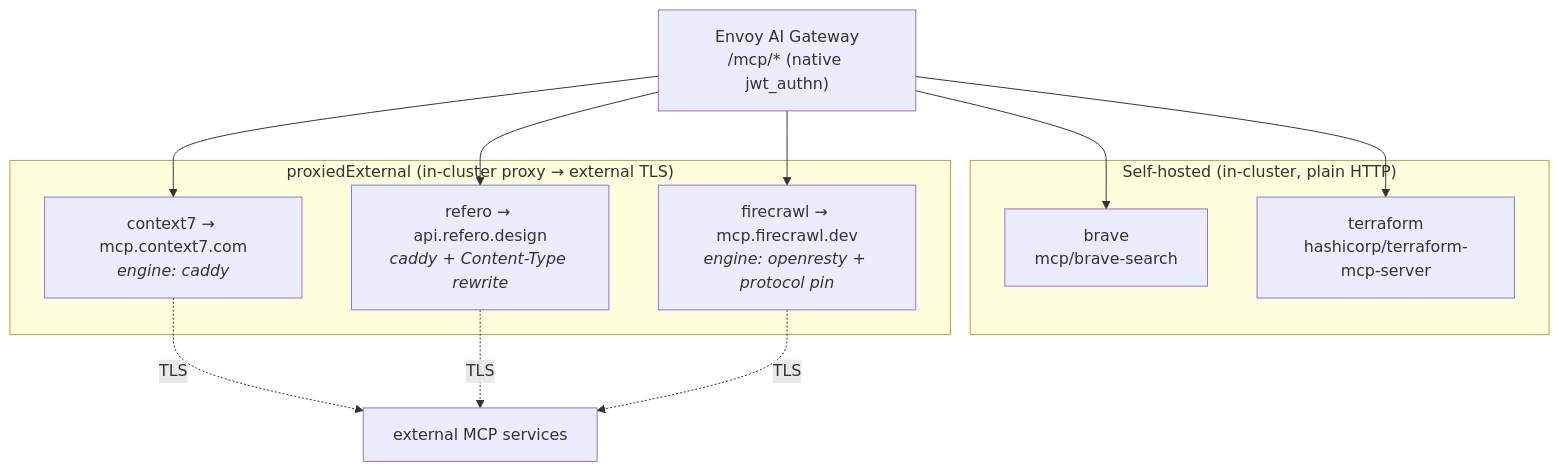
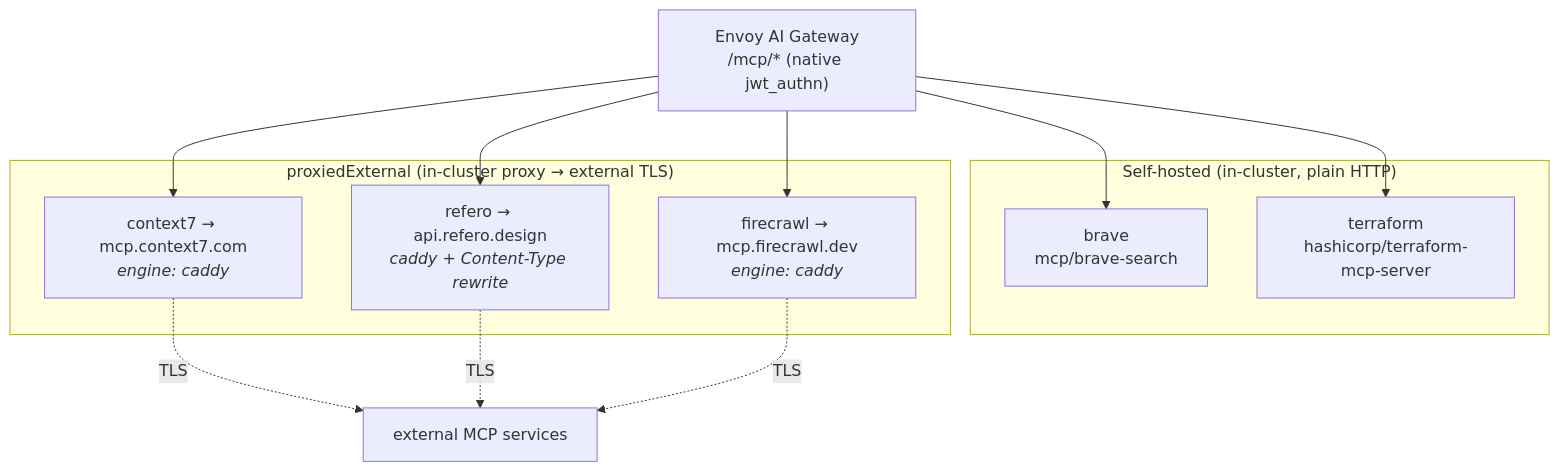
Before and after one commit to ADORSYS-GIS/ai-helm: the first of 4 diagrams in docs/architecture/10-mcp.md, drawn with Mermaid. The commit also changed other lines of this file and 10 other files, not shown here.

````diff
--- a/docs/architecture/10-mcp.md
+++ b/docs/architecture/10-mcp.md
@@ -11,23 +12,23 @@
 ```mermaid
 flowchart TB
     GW["Envoy AI Gateway<br/>/mcp/* (native jwt_authn)"]
 
     subgraph self["Self-hosted (in-cluster, plain HTTP)"]
         BRAVE["brave<br/>mcp/brave-search"]
         TF["terraform<br/>hashicorp/terraform-mcp-server"]
     end
     subgraph proxied["proxiedExternal (in-cluster proxy → external TLS)"]
         CTX["context7 → mcp.context7.com<br/><i>engine: caddy</i>"]
         REF["refero → api.refero.design<br/><i>caddy + Content-Type rewrite</i>"]
-        FC["firecrawl → mcp.firecrawl.dev<br/><i>engine: openresty + protocol pin</i>"]
+        FC["firecrawl → mcp.firecrawl.dev<br/><i>engine: caddy</i>"]
     end
 
     EXT["external MCP services"]
 
     GW --> BRAVE & TF
     GW --> CTX & REF & FC
     CTX -.TLS.-> EXT
     REF -.TLS.-> EXT
     FC -.TLS.-> EXT
 
 ```
````
